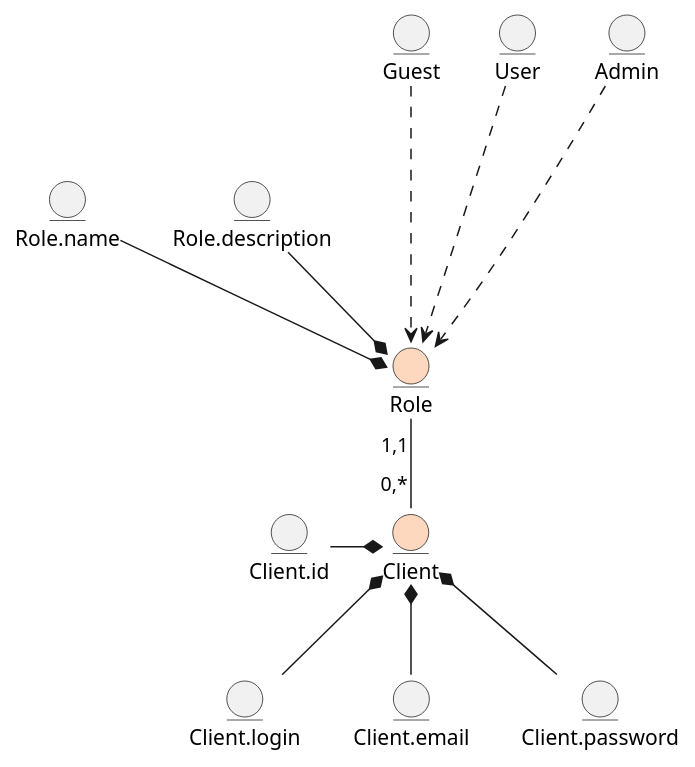
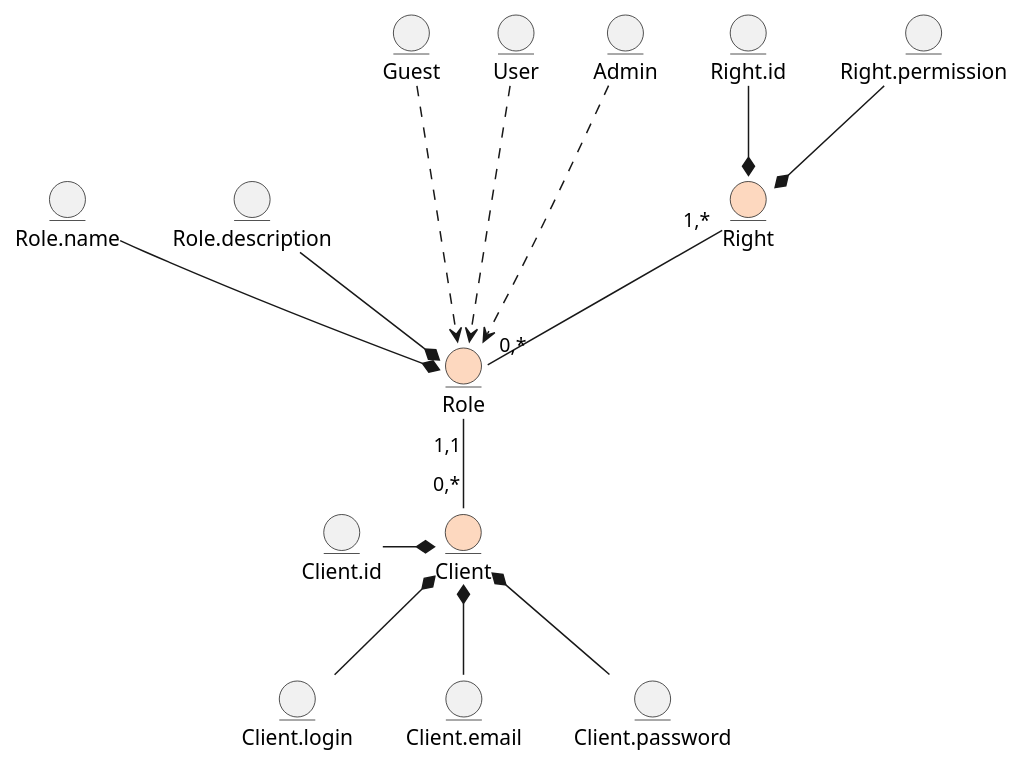
Before and after one commit to nonGratis/retarder-io-23-3: the diagram in docs/design/README.md, drawn with PlantUML.

Commit message:
add Rights for Roles to UML in BM

````diff
--- a/docs/design/README.md
+++ b/docs/design/README.md
@@ -5,32 +5,40 @@
 ```plantuml
 @startuml
 
 entity Client #fdd8bf
   entity Client.id
   entity Client.login
   entity Client.email
   entity Client.password
 
   Client.id -r-* Client
   Client.login -u-* Client
   Client.email -u-* Client
   Client.password -u-* Client
 
 entity Role #fdd8bf
   entity Role.name
   entity Role.description
 
   Role.name --* Role
   Role.description --* Role
 
   entity Guest
   entity User
   entity Admin
 
   Guest ...> Role
   User ...> Role
   Admin ...> Role
 
+entity Right #fdd8bf
+  entity Right.id
+  entity Right.permission
+
+  Right.id --* Right
+  Right.permission --* Right
+
+Right "1,*"--"0,*" Role
 Role "1,1"--"0,*" Client
 @enduml
 ```
````
